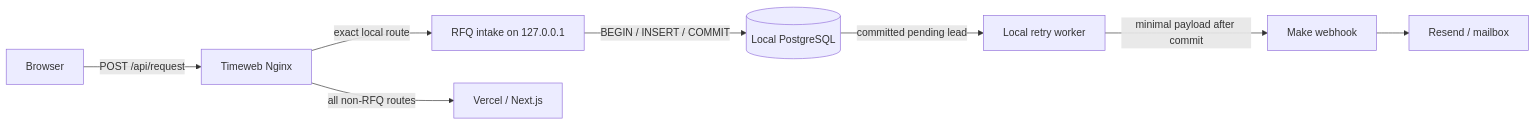
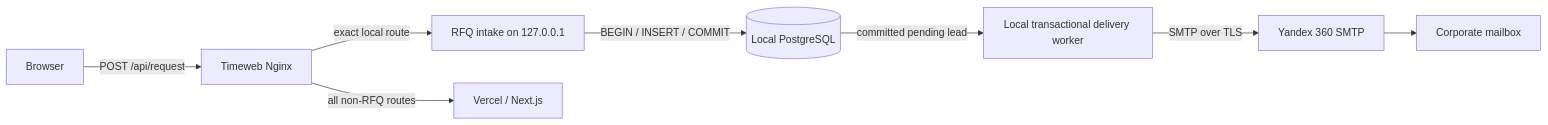
Before and after one commit to cyber-medica/medgraph: the diagram in docs/architecture/rfq-ru-first-intake-v1.md, drawn with Mermaid. The commit also changed other lines of this file and 10 other files, not shown here.

Commit message:
feat: replace RFQ delivery with Yandex SMTP

````diff
--- a/docs/architecture/rfq-ru-first-intake-v1.md
+++ b/docs/architecture/rfq-ru-first-intake-v1.md
@@ -7,10 +7,10 @@
 ```mermaid
 flowchart LR
   B[Browser] -->|POST /api/request| N[Timeweb Nginx]
   N -->|exact local route| S[RFQ intake on 127.0.0.1]
   S -->|BEGIN / INSERT / COMMIT| P[(Local PostgreSQL)]
-  P -->|committed pending lead| W[Local retry worker]
-  W -->|minimal payload after commit| M[Make webhook]
-  M --> R[Resend / mailbox]
+  P -->|committed pending lead| W[Local transactional delivery worker]
+  W -->|SMTP over TLS| Y[Yandex 360 SMTP]
+  Y --> I[Corporate mailbox]
   N -->|all non-RFQ routes| V[Vercel / Next.js]
 ```
````
